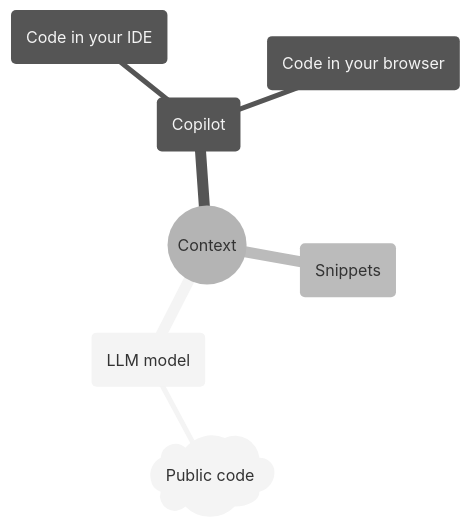
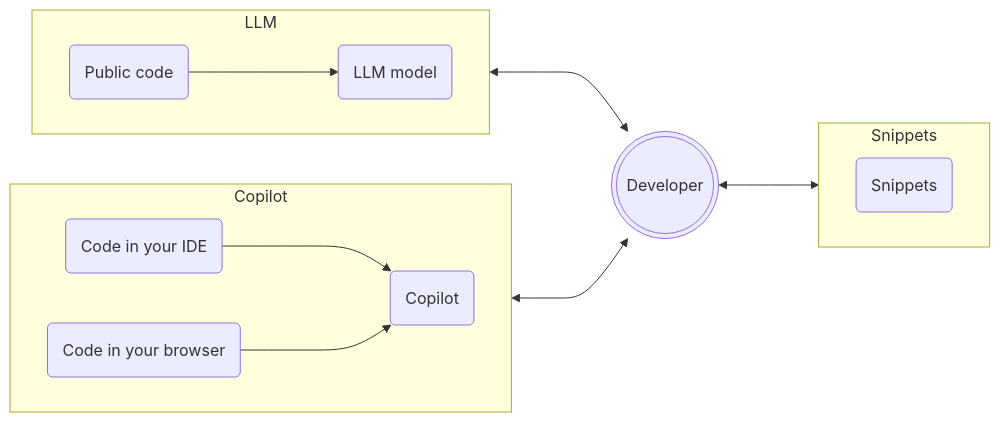
Before and after one commit to pieces-app/workshops: the fourth of 7 diagrams in 10x-developer-productivity/slides.md, drawn with Mermaid. The commit also changed other lines of this file and 1 other file, not shown here.

Commit message:
Improving mermaid diagrams

````diff
--- a/10x-developer-productivity/slides.md
+++ b/10x-developer-productivity/slides.md
@@ -320,11 +329,19 @@
 ```mermaid
-%%{init: {'theme': 'neutral' } }%%
-mindmap
-  root((Context))
-    llm-model(LLM model)
-      public-cloud)Public code(
-    copilot-ide(Copilot)
-      code-ide(Code in your IDE)
-      web(Code in your browser)
-    snippets(Snippets)
+flowchart LR
+    subgraph LLM
+        direction LR
+        public-cloud(Public code)--->llm-model(LLM model)
+    end
+    subgraph Copilot
+        direction LR
+        code-ide(Code in your IDE)--->copilot-ide(Copilot)
+        web(Code in your browser)--->copilot-ide(Copilot)
+    end
+    subgraph Snippets
+        direction RL
+        snippets(Snippets)
+    end
+    LLM<--->context(((Developer)))
+    Copilot<--->context(((Developer)))
+    context(((Developer)))<--->Snippets
 ```
````
